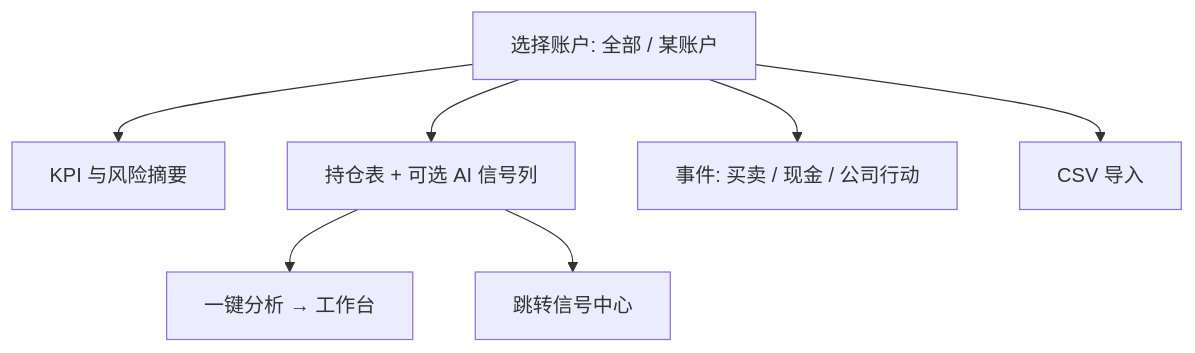
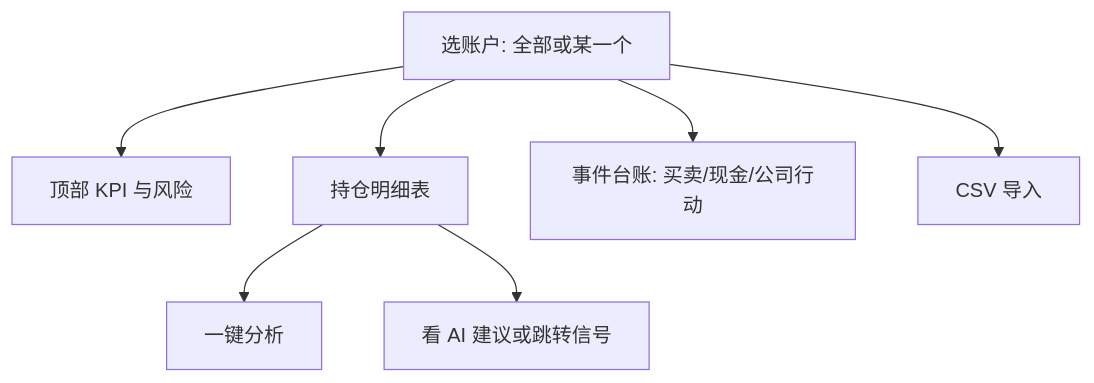
Before and after one commit to SiinXu/stock-pulse-ai: the diagram in docs/ui-manual/07-portfolio.md, drawn with Mermaid. The commit also changed other lines of this file and 18 other files, not shown here.

````diff
--- a/docs/ui-manual/07-portfolio.md
+++ b/docs/ui-manual/07-portfolio.md
@@ -34,9 +41,9 @@
 ```mermaid
 flowchart TB
-  A[选择账户: 全部 / 某账户] --> B[KPI 与风险摘要]
-  A --> C[持仓表 + 可选 AI 信号列]
-  A --> D[事件: 买卖 / 现金 / 公司行动]
+  A[选账户: 全部或某一个] --> B[顶部 KPI 与风险]
+  A --> C[持仓明细表]
+  A --> D[事件台账: 买卖/现金/公司行动]
   A --> E[CSV 导入]
-  C --> F[一键分析 → 工作台]
-  C --> G[跳转信号中心]
+  C --> F[一键分析]
+  C --> G[看 AI 建议或跳转信号]
 ```
````
